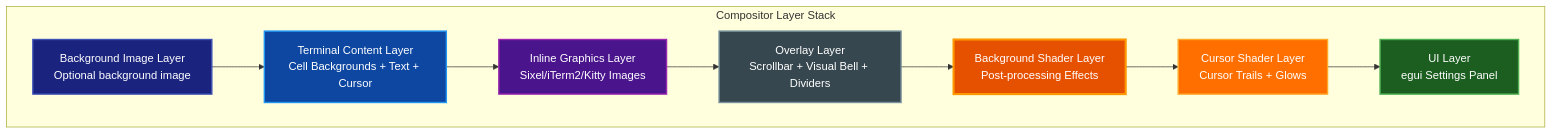
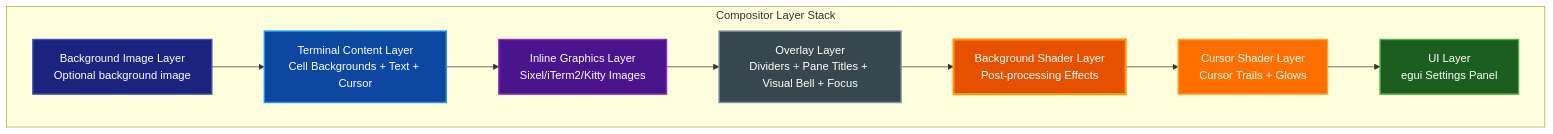
Before and after one commit to paulrobello/par-term: the first of 5 diagrams in docs/COMPOSITOR.md, drawn with Mermaid. The commit also changed other lines of this file and 38 other files, not shown here.

````diff
--- a/docs/COMPOSITOR.md
+++ b/docs/COMPOSITOR.md
@@ -52,27 +52,27 @@
 ```mermaid
 graph TB
     subgraph "Compositor Layer Stack"
         L0[Background Image Layer<br/>Optional background image]
         L1[Terminal Content Layer<br/>Cell Backgrounds + Text + Cursor]
         L2[Inline Graphics Layer<br/>Sixel/iTerm2/Kitty Images]
-        L3[Overlay Layer<br/>Scrollbar + Visual Bell + Dividers]
+        L3[Overlay Layer<br/>Dividers + Pane Titles + Visual Bell + Focus]
         L4[Background Shader Layer<br/>Post-processing Effects]
         L5[Cursor Shader Layer<br/>Cursor Trails + Glows]
         L6[UI Layer<br/>egui Settings Panel]
     end
 
     L0 --> L1
     L1 --> L2
     L2 --> L3
     L3 --> L4
     L4 --> L5
     L5 --> L6
 
     style L0 fill:#1a237e,stroke:#3f51b5,stroke-width:2px,color:#ffffff
     style L1 fill:#0d47a1,stroke:#2196f3,stroke-width:2px,color:#ffffff
     style L2 fill:#4a148c,stroke:#9c27b0,stroke-width:2px,color:#ffffff
     style L3 fill:#37474f,stroke:#78909c,stroke-width:2px,color:#ffffff
     style L4 fill:#e65100,stroke:#ff9800,stroke-width:3px,color:#ffffff
     style L5 fill:#ff6f00,stroke:#ffa726,stroke-width:2px,color:#ffffff
     style L6 fill:#1b5e20,stroke:#4caf50,stroke-width:2px,color:#ffffff
 ```
````
